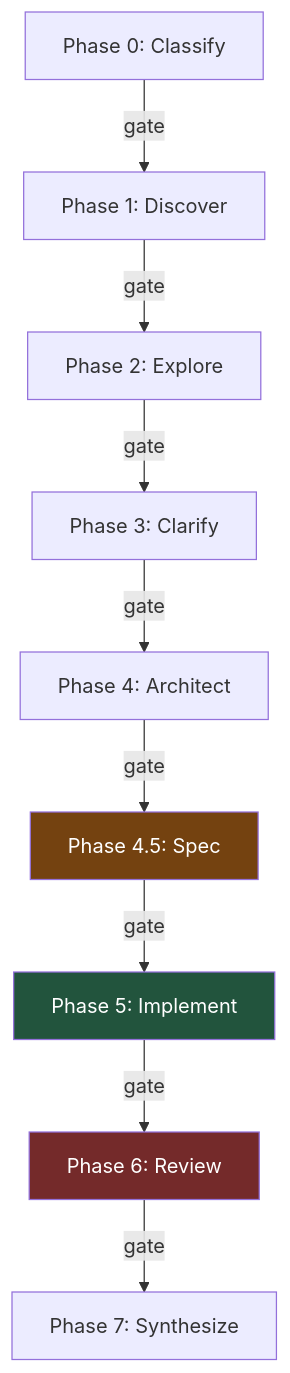
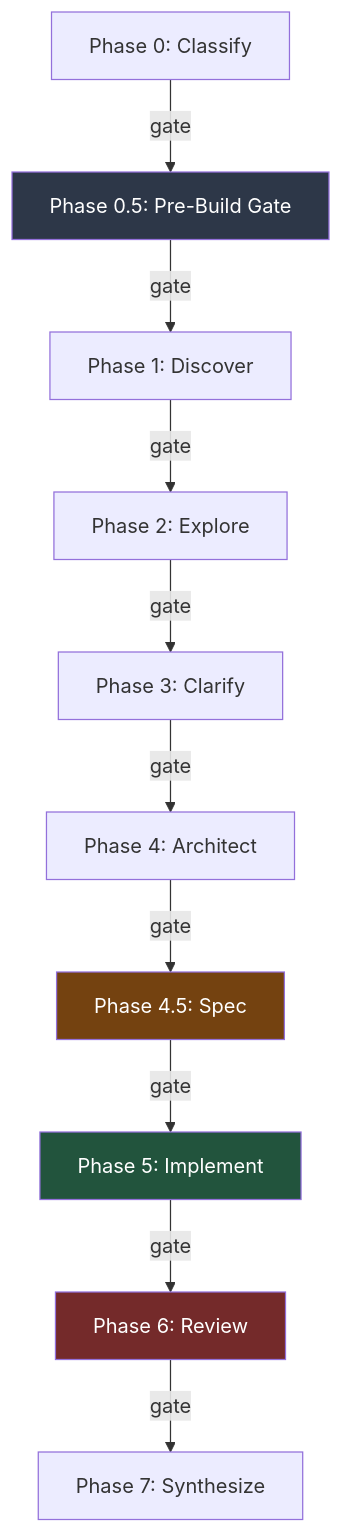
One commit to guy-lifshitz/bytedigger changed the diagram in README.md. Above: the diagram before and after it, drawn with Mermaid. The commit also changed 1 other file, not shown here.

Commit message:
docs: sync README + article with SHIP protocol and Phase 0.5
README: added Phase 0.5 to pipeline diagram.
Article: moved SHIP + pre-build gate from roadmap to shipped,
added Phase 0.5 gate row (9 gates total), updated test counts.

````diff
--- a/README.md
+++ b/README.md
@@ -13,15 +13,17 @@
 ```mermaid
 flowchart TD
-    P0[Phase 0: Classify] -->|gate| P1[Phase 1: Discover]
+    P0[Phase 0: Classify] -->|gate| P05[Phase 0.5: Pre-Build Gate]
+    P05 -->|gate| P1[Phase 1: Discover]
     P1 -->|gate| P2[Phase 2: Explore]
     P2 -->|gate| P3[Phase 3: Clarify]
     P3 -->|gate| P4[Phase 4: Architect]
     P4 -->|gate| P45[Phase 4.5: Spec]
     P45 -->|gate| P5[Phase 5: Implement]
     P5 -->|gate| P6[Phase 6: Review]
     P6 -->|gate| P7[Phase 7: Synthesize]
 
+    style P05 fill:#2d3748,color:#fff
     style P45 fill:#744210,color:#fff
     style P5 fill:#22543d,color:#fff
     style P6 fill:#742a2a,color:#fff
 ```
````
